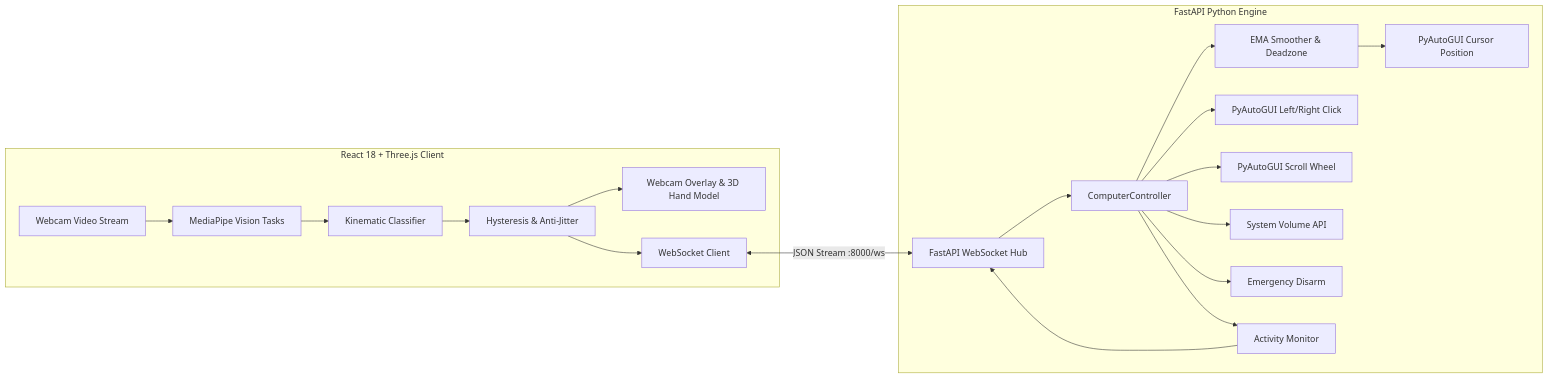
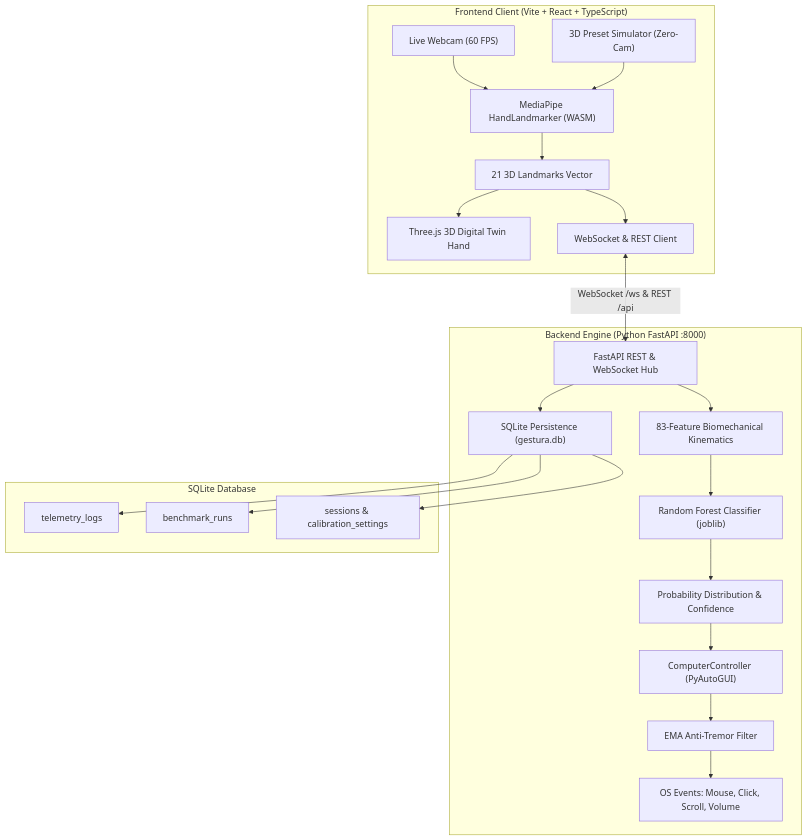
One commit to joel-eng7/Data-forge-ai changed the diagram in README.md. Above: the diagram before and after it, drawn with Mermaid. The commit also changed other lines of this file, not shown here.

Commit message:
docs: finalize GESTURA AI documentation with yellow & white theme, 83-feature ML architecture, and dual-mode testing instructions

````diff
--- a/README.md
+++ b/README.md
@@ -65,23 +109,27 @@
 ```mermaid
-flowchart LR
-    subgraph Client["React 18 + Three.js Client"]
-        Webcam["Webcam Video Stream"] --> MP_Client["MediaPipe Vision Tasks"]
-        MP_Client --> Geo["Kinematic Classifier"]
-        Geo --> Smoother["Hysteresis & Anti-Jitter"]
-        Smoother --> UI["Webcam Overlay & 3D Hand Model"]
-        Smoother --> WS_Sender["WebSocket Client"]
+flowchart TD
+    subgraph Frontend["Frontend Client (Vite + React + TypeScript)"]
+        Cam["Live Webcam (60 FPS)"] --> MP["MediaPipe HandLandmarker (WASM)"]
+        Sim["3D Preset Simulator (Zero-Cam)"] --> MP
+        MP --> Extractor["21 3D Landmarks Vector"]
+        Extractor --> ThreeHand["Three.js 3D Digital Twin Hand"]
+        Extractor --> WS_Client["WebSocket & REST Client"]
     end
 
-    subgraph Server["FastAPI Python Engine"]
-        WS_Sender <-->|JSON Stream :8000/ws| WS_Receiver["FastAPI WebSocket Hub"]
-        WS_Receiver --> Controller["ComputerController"]
-        Controller --> EMA["EMA Smoother & Deadzone"]
-        EMA --> Cursor["PyAutoGUI Cursor Position"]
-        Controller --> Clicks["PyAutoGUI Left/Right Click"]
-        Controller --> Scroll["PyAutoGUI Scroll Wheel"]
-        Controller --> Vol["System Volume API"]
-        Controller --> Failsafe["Emergency Disarm"]
-        Controller --> Logger["Activity Monitor"]
-        Logger --> WS_Receiver
+    subgraph Backend["Backend Engine (Python FastAPI :8000)"]
+        WS_Client <-->|WebSocket /ws & REST /api| API_Hub["FastAPI REST & WebSocket Hub"]
+        API_Hub --> FeatEng["83-Feature Biomechanical Kinematics"]
+        FeatEng --> RF["Random Forest Classifier (joblib)"]
+        RF --> ProbDist["Probability Distribution & Confidence"]
+        ProbDist --> Controller["ComputerController (PyAutoGUI)"]
+        Controller --> Smoothing["EMA Anti-Tremor Filter"]
+        Smoothing --> OS_Events["OS Events: Mouse, Click, Scroll, Volume"]
+        API_Hub --> DB_Layer["SQLite Persistence (gestura.db)"]
+    end
+
+    subgraph Database["SQLite Database"]
+        DB_Layer --> T_Logs["telemetry_logs"]
+        DB_Layer --> B_Runs["benchmark_runs"]
+        DB_Layer --> S_Table["sessions & calibration_settings"]
     end
 ```
````
